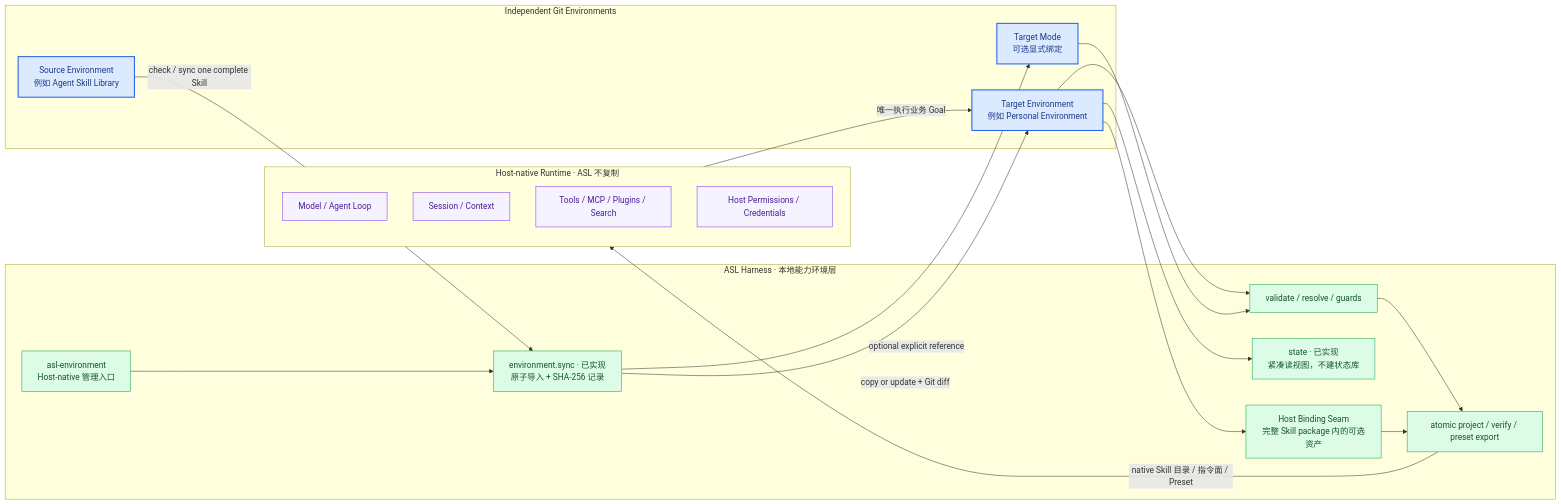
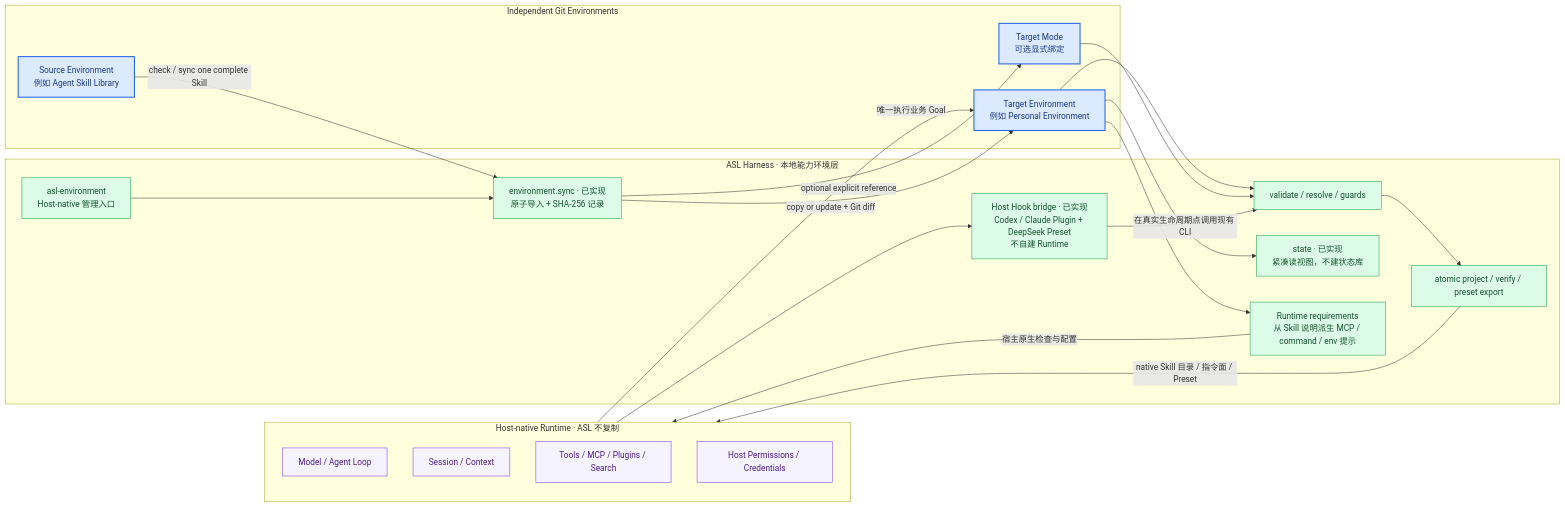
Before and after one commit to qihangzhang-272/asl-harness: the fourth of 16 diagrams in docs/asl-architecture-views.md, drawn with Mermaid. The commit also changed other lines of this file and 12 other files, not shown here.

````diff
--- a/docs/asl-architecture-views.md
+++ b/docs/asl-architecture-views.md
@@ -329,44 +332,47 @@
 ```mermaid
 flowchart LR
     subgraph HOST["Host-native Runtime · ASL 不复制"]
         LOOP["Model / Agent Loop"]
         SESSION["Session / Context"]
         TOOLS["Tools / MCP / Plugins / Search"]
         AUTH["Host Permissions / Credentials"]
     end
 
     subgraph ASL["ASL Harness · 本地能力环境层"]
         VALIDATE["validate / resolve / guards"]
         STATE["state · 已实现<br/>紧凑读视图，不建状态库"]
         SYNC["environment.sync · 已实现<br/>原子导入 + SHA-256 记录"]
         PROJECT["atomic project / verify / preset export"]
-        PORT["Host Binding Seam<br/>完整 Skill package 内的可选资产"]
+        NEEDS["Runtime requirements<br/>从 Skill 说明派生 MCP / command / env 提示"]
+        HOOKS["Host Hook bridge · 已实现<br/>Codex / Claude Plugin + DeepSeek Preset<br/>不自建 Runtime"]
         STEWARD["asl-environment<br/>Host-native 管理入口"]
     end
 
     subgraph ENVS["Independent Git Environments"]
         SOURCE["Source Environment<br/>例如 Agent Skill Library"]
         TARGET["Target Environment<br/>例如 Personal Environment"]
         MODE["Target Mode<br/>可选显式绑定"]
     end
 
     SOURCE -->|check / sync one complete Skill| SYNC
     SYNC -->|copy or update + Git diff| TARGET
     SYNC -->|optional explicit reference| MODE
     TARGET --> VALIDATE --> PROJECT
     TARGET --> STATE
     MODE --> VALIDATE
     STEWARD --> SYNC
     PROJECT -->|native Skill 目录 / 指令面 / Preset| HOST
-    PORT --> PROJECT
-    TARGET --> PORT
+    TARGET --> NEEDS
+    NEEDS -->|宿主原生检查与配置| HOST
+    HOOKS -->|在真实生命周期点调用现有 CLI| VALIDATE
+    HOST --> HOOKS
     HOST -->|唯一执行业务 Goal| TARGET
 
     classDef native fill:#f5f3ff,stroke:#7c3aed,color:#4c1d95;
     classDef done fill:#dcfce7,stroke:#16a34a,color:#14532d;
     classDef optimize fill:#ffedd5,stroke:#ea580c,color:#7c2d12;
     classDef truth fill:#dbeafe,stroke:#2563eb,color:#1e3a8a,stroke-width:2px;
     class LOOP,SESSION,TOOLS,AUTH native;
-    class VALIDATE,STATE,SYNC,PROJECT,PORT,STEWARD done;
+    class VALIDATE,STATE,SYNC,PROJECT,NEEDS,STEWARD,HOOKS done;
     class SOURCE,TARGET,MODE truth;
 ```
````
